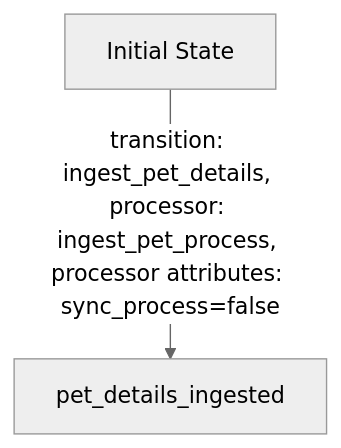
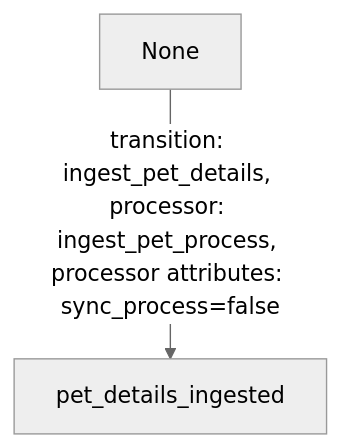
Before and after one commit to Cyoda-platform/quart-client-template: the first of 4 diagrams in entity/app_design_prd.md, drawn with Mermaid (neutral theme). The commit also changed other lines of this file, not shown here.

````diff
--- a/entity/app_design_prd.md
+++ b/entity/app_design_prd.md
@@ -25,6 +25,6 @@
 ```mermaid
 flowchart TD
-   A[Initial State] -->|transition: ingest_pet_details, processor: ingest_pet_process, processor attributes: sync_process=false| B[pet_details_ingested]
+   A[None] -->|transition: ingest_pet_details, processor: ingest_pet_process, processor attributes: sync_process=false| B[pet_details_ingested]
    
    class A,B automated;
 ```
````
